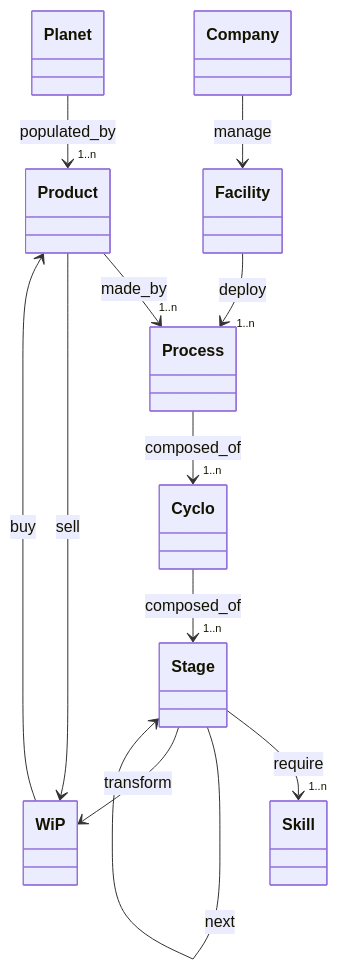
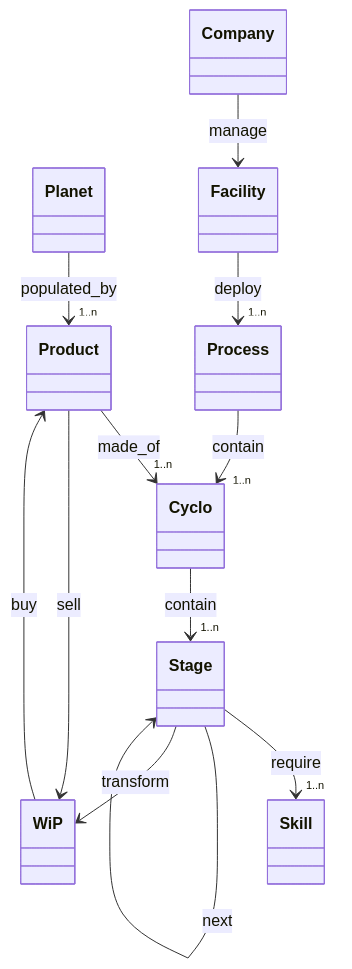
One commit to bampli/specs changed the diagram in content/docs/planet/model.md. Above: the diagram before and after it, drawn with Mermaid. The commit also changed other lines of this file and 1 other file, not shown here.

Commit message:
revised model with Product made_of Cyclo

```diff
--- a/content/docs/planet/model.md
+++ b/content/docs/planet/model.md
@@ -10,14 +10,14 @@
 {{< mermaid >}}
 classDiagram
     Planet --> "1..n" Product : populated_by
     Company --> Facility : manage
-    Product --> "1..n" Process : made_by
+    Product --> "1..n" Cyclo : made_of
     Facility --> "1..n" Process : deploy
     Stage --> "1..n" Skill : require
-    Process --> "1..n" Cyclo : composed_of
-    Cyclo --> "1..n" Stage : composed_of
+    Process --> "1..n" Cyclo : contain
+    Cyclo --> "1..n" Stage : contain
     Stage --> Stage : next
     WiP --> Product : buy
     Stage --> WiP : transform
     Product --> WiP : sell
 {{< /mermaid >}}
```
